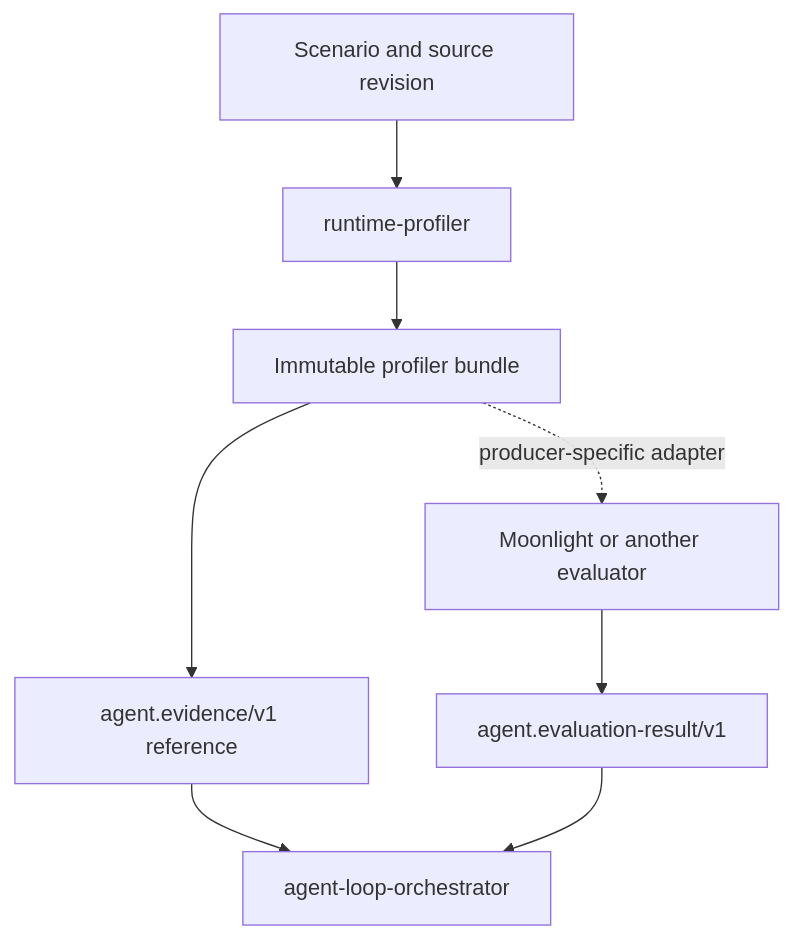
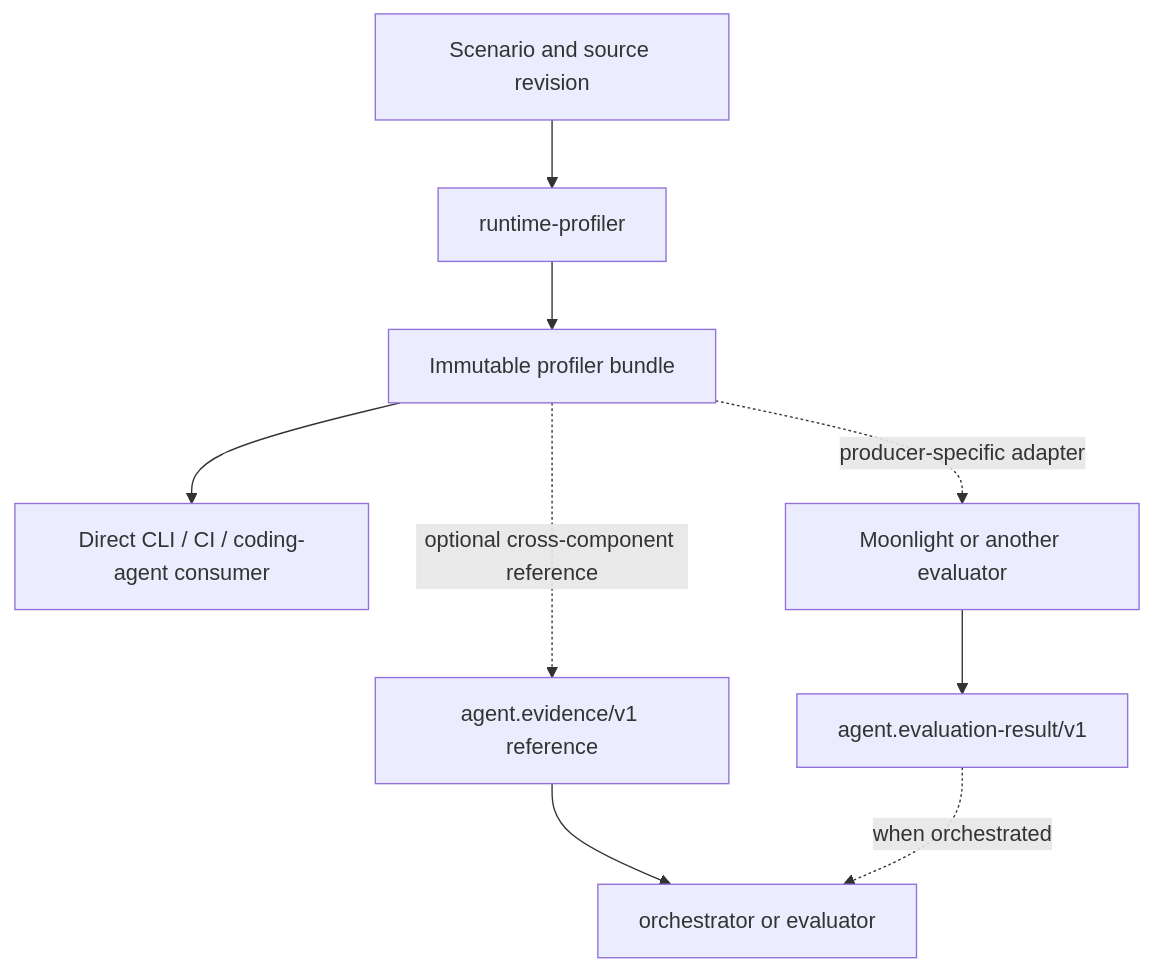
Before and after one commit to moritzbrantner/runtime-profiler: the diagram in docs/architecture.md, drawn with Mermaid. The commit also changed other lines of this file and 2 other files, not shown here.

````diff
--- a/docs/architecture.md
+++ b/docs/architecture.md
@@ -9,10 +11,11 @@
 ```mermaid
 flowchart TD
     A["Scenario and source revision"] --> B["runtime-profiler"]
     B --> C["Immutable profiler bundle"]
-    C --> D["agent.evidence/v1 reference"]
-    D --> E["agent-loop-orchestrator"]
+    C --> H["Direct CLI / CI / coding-agent consumer"]
+    C -. "optional cross-component reference" .-> D["agent.evidence/v1 reference"]
+    D --> E["orchestrator or evaluator"]
     C -. "producer-specific adapter" .-> F["Moonlight or another evaluator"]
     F --> G["agent.evaluation-result/v1"]
-    G --> E
+    G -. "when orchestrated" .-> E
 ```
````
